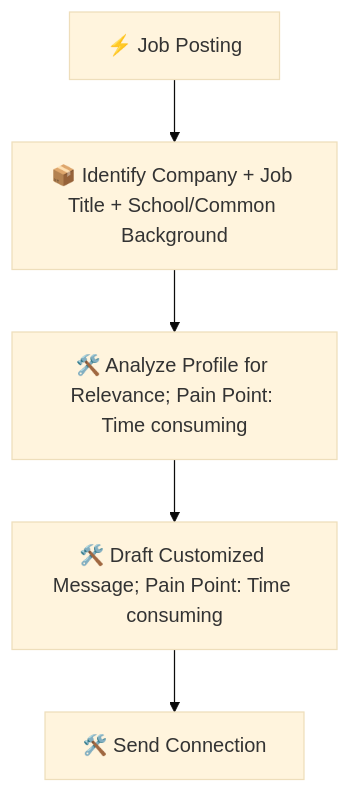
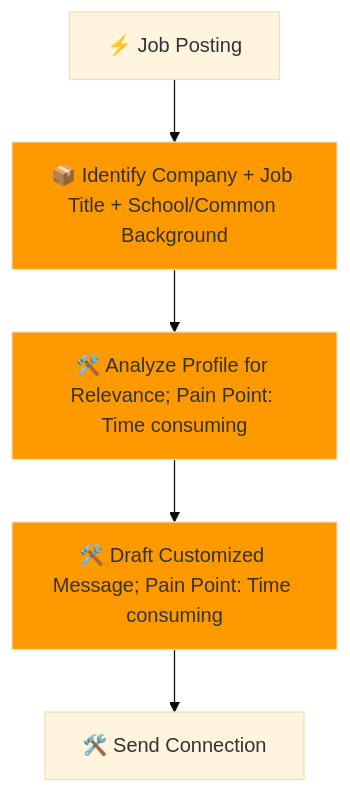
The diagram in milestone-1/pdd-v2.md (msacouto-ffld/data6900-group-project), drawn with Mermaid (base theme) before and after one commit. The commit also changed other lines of this file, not shown here.

````diff
--- a/milestone-1/pdd-v2.md
+++ b/milestone-1/pdd-v2.md
@@ -18,7 +20,12 @@
 ```mermaid
 flowchart TD
     A[⚡ Job Posting] --> B[📦 Identify Company + Job Title + School/Common Background]
     B --> C[🛠️ Analyze Profile for Relevance; Pain Point: Time consuming]
     C --> D[🛠️ Draft Customized Message; Pain Point: Time consuming]
     D --> F[🛠️ Send Connection]
+
+    %% Highlight the most time consuming bottlenecks (B, C, and D)
+    style B fill:#f90
+    style C fill:#f90
+    style D fill:#f90
 ```
````
